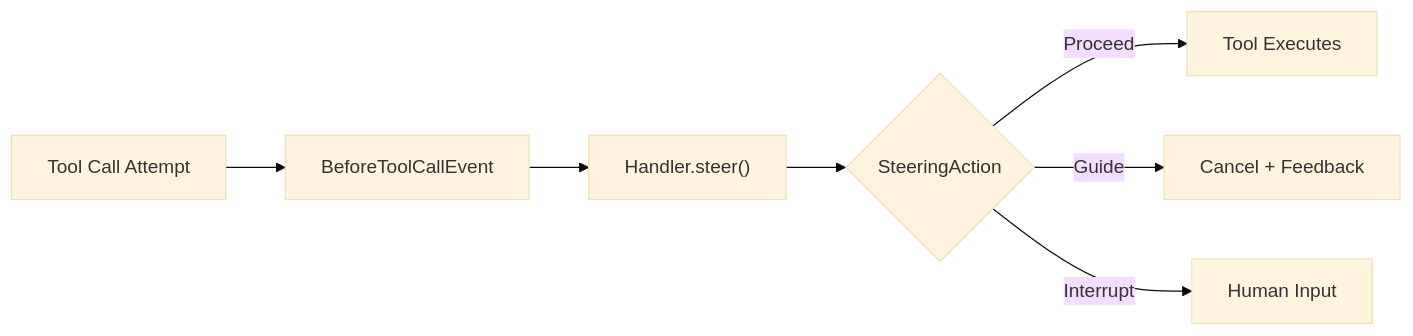
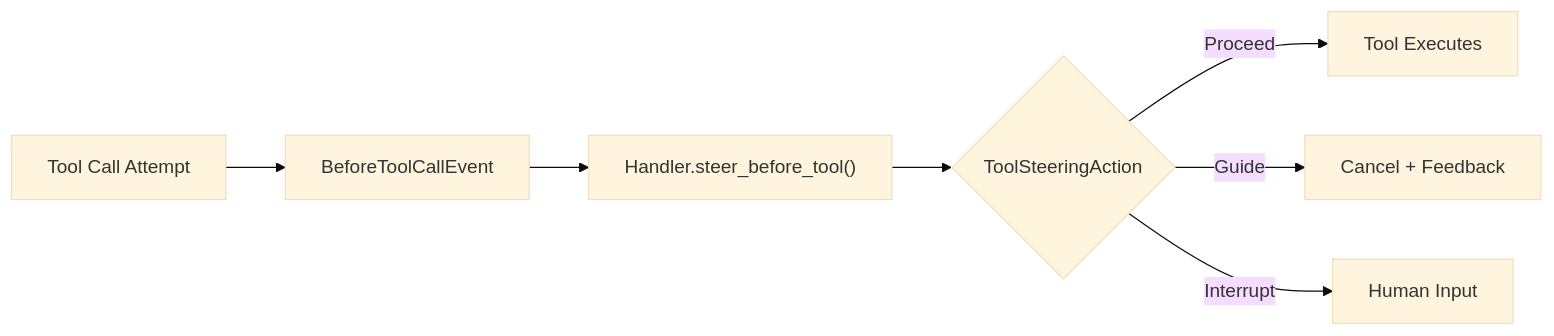
One commit to daniel-was-taken/docs-strands changed the second of 4 diagrams in docs/user-guide/concepts/experimental/steering.md. Above: the diagram before and after it, drawn with Mermaid (base theme). The commit also changed other lines of this file, not shown here.

Commit message:
feat(steering): add AfterModelCallEvent steering documentation (#451)

````diff
--- a/docs/user-guide/concepts/experimental/steering.md
+++ b/docs/user-guide/concepts/experimental/steering.md
@@ -34,9 +38,9 @@
 ```mermaid
 flowchart LR
     A[Tool Call Attempt] --> B[BeforeToolCallEvent]
-    B --> C["Handler.steer()"]
-    C --> D{SteeringAction}
+    B --> C["Handler.steer_before_tool()"]
+    C --> D{ToolSteeringAction}
     D -->|Proceed| E[Tool Executes]
     D -->|Guide| F[Cancel + Feedback]
     D -->|Interrupt| G[Human Input]
 ```
````
